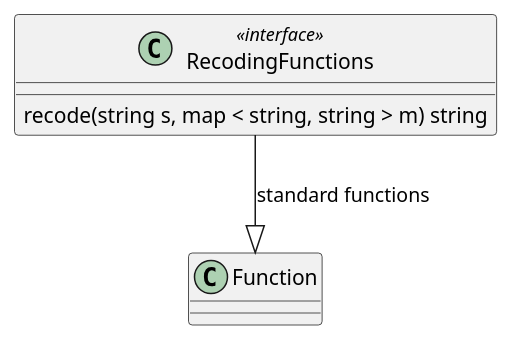
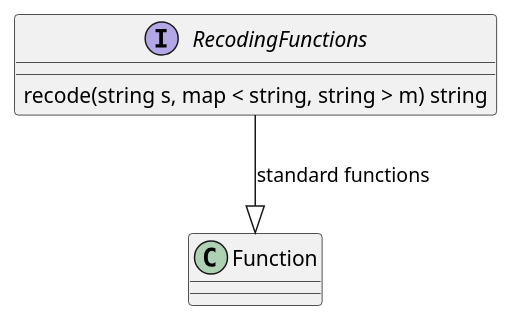
The tenth of 10 diagrams in core/sections/clause_18_functions.adoc (opengeospatial/styles-and-symbology), drawn with PlantUML before and after one commit. The commit also changed other lines of this file and 8 other files, not shown here.

Commit message:
correction to plantuml naming conventions

```diff
--- a/core/sections/clause_18_functions.adoc
+++ b/core/sections/clause_18_functions.adoc
@@ -618,6 +618,6 @@
 [plantuml, target=diagram-classes, format=png]
 ....
-class RecodingFunctions <<interface>>
+interface RecodingFunctions
 RecodingFunctions --|> Function : standard functions
 RecodingFunctions : recode(string s, map < string, string > m) string
 ....
```
